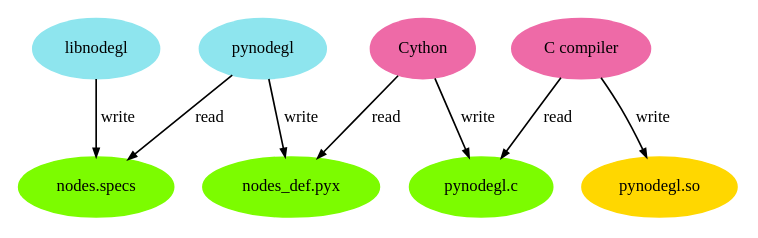
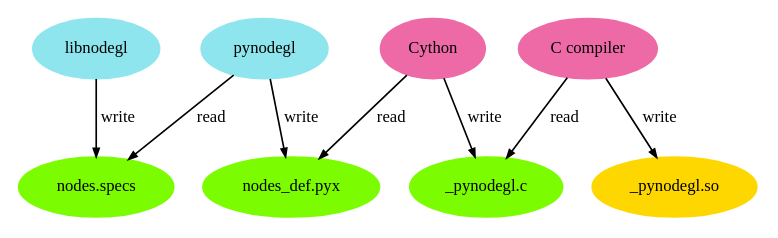
One commit to NopeForge/nope.gl changed the diagram in doc/expl/binding.dot. Above: the diagram before and after it, drawn with Graphviz. The commit also changed 1 other file, not shown here.

```diff
--- a/doc/expl/binding.dot
+++ b/doc/expl/binding.dot
@@ -1,28 +1,28 @@
 digraph {
     node[style=filled,fontsize=10]
     edge[fontsize=10,arrowsize=0.5]
 
     node[color=cadetblue2]
     libnodegl
     pynodegl
 
     node[color=hotpink2]
     cython [label="Cython"]
     cc [label="C compiler"]
 
     node[color=lawngreen]
     specs [label="nodes.specs"]
-    c [label="pynodegl.c"]
+    c [label="_pynodegl.c"]
     pyx [label="nodes_def.pyx"]
 
     node[color=gold]
-    mod [label="pynodegl.so"]
+    mod [label="_pynodegl.so"]
 
     libnodegl -> specs [label="write"]
     pynodegl -> specs [label="read"]
     pynodegl -> pyx [label="write"]
     cython -> pyx [label="read"]
     cython -> c [label="write"]
     cc -> c [label="read"]
     cc -> mod [label="write"]
 }
```
